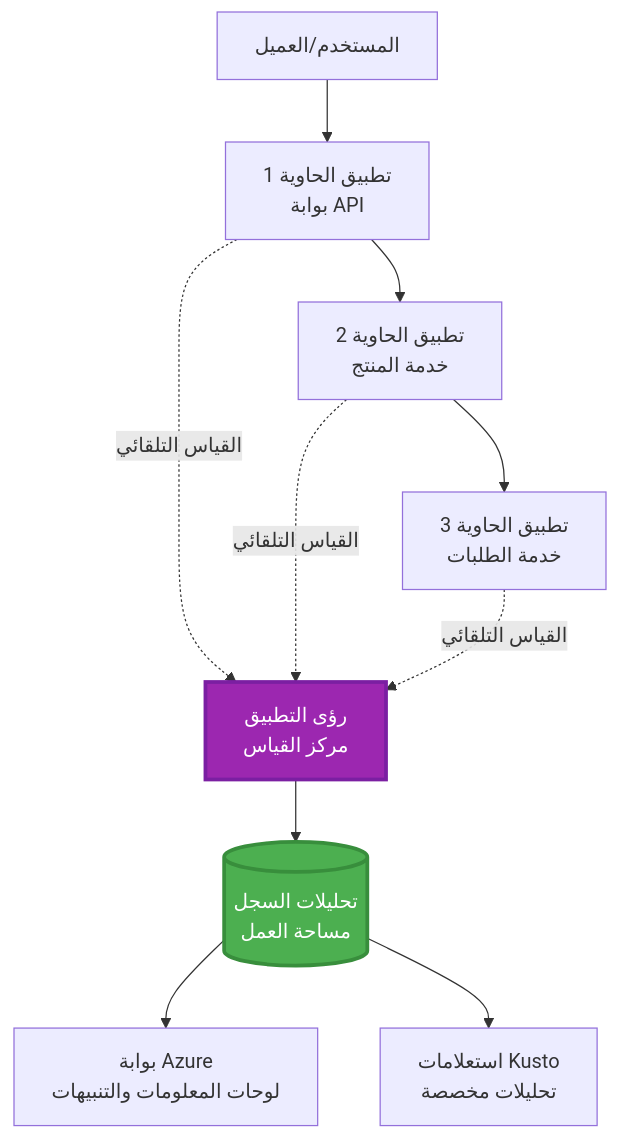
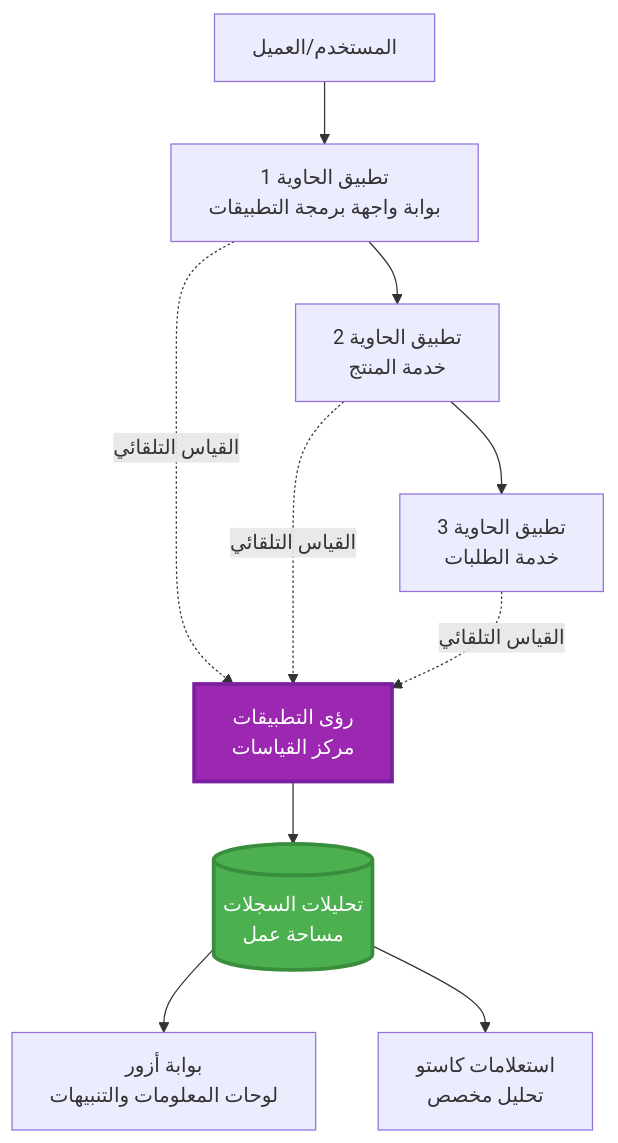
One commit to microsoft/AZD-for-beginners changed the first of 2 diagrams in translations/ar/docs/chapter-06-pre-deployment/application-insights.md. Above: the diagram before and after it, drawn with Mermaid. The commit also changed other lines of this file and 101 other files, not shown here.

````diff
--- a/translations/ar/docs/chapter-06-pre-deployment/application-insights.md
+++ b/translations/ar/docs/chapter-06-pre-deployment/application-insights.md
@@ -58,28 +58,28 @@
 ```mermaid
 graph TB
     User[المستخدم/العميل]
-    App1[تطبيق الحاوية 1<br/>بوابة API]
+    App1[تطبيق الحاوية 1<br/>بوابة واجهة برمجة التطبيقات]
     App2[تطبيق الحاوية 2<br/>خدمة المنتج]
     App3[تطبيق الحاوية 3<br/>خدمة الطلبات]
     
-    AppInsights[رؤى التطبيق<br/>مركز القياس]
-    LogAnalytics[(تحليلات السجل<br/>مساحة العمل)]
+    AppInsights[رؤى التطبيقات<br/>مركز القياسات]
+    LogAnalytics[(تحليلات السجلات<br/>مساحة عمل)]
     
-    Portal[بوابة Azure<br/>لوحات المعلومات والتنبيهات]
-    Query[استعلامات Kusto<br/>تحليلات مخصصة]
+    Portal[بوابة أزور<br/>لوحات المعلومات والتنبيهات]
+    Query[استعلامات كاستو<br/>تحليل مخصص]
     
     User --> App1
     App1 --> App2
     App2 --> App3
     
     App1 -.->|القياس التلقائي| AppInsights
     App2 -.->|القياس التلقائي| AppInsights
     App3 -.->|القياس التلقائي| AppInsights
     
     AppInsights --> LogAnalytics
     LogAnalytics --> Portal
     LogAnalytics --> Query
     
     style AppInsights fill:#9C27B0,stroke:#7B1FA2,stroke-width:3px,color:#fff
     style LogAnalytics fill:#4CAF50,stroke:#388E3C,stroke-width:3px,color:#fff
 ```
````
